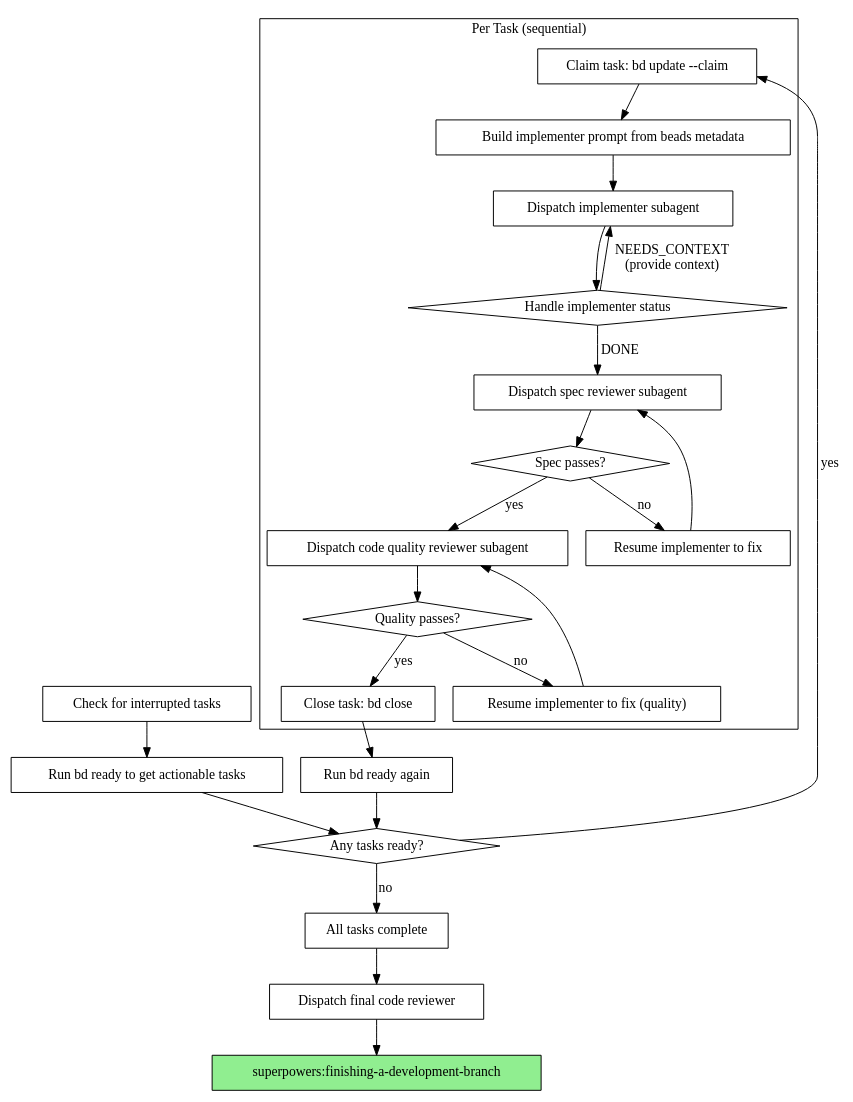
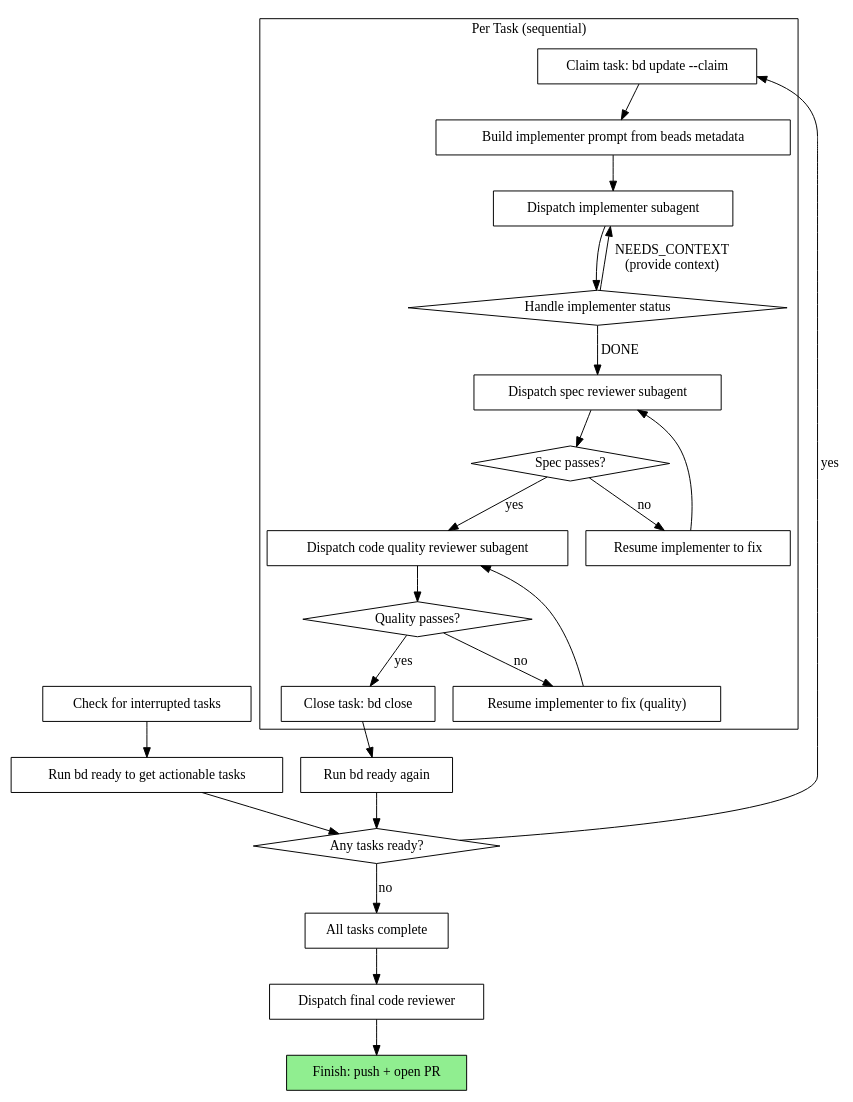
The second of 2 diagrams in claude/skills/beads-execution/SKILL.md (alexander-vyh/escapement), drawn with Graphviz before and after one commit. The commit also changed other lines of this file and 5 other files, not shown here.

````diff
--- a/claude/skills/beads-execution/SKILL.md
+++ b/claude/skills/beads-execution/SKILL.md
@@ -93,51 +92,51 @@
 ```dot
 digraph process {
     rankdir=TB;
 
     "Check for interrupted tasks" [shape=box];
     "Run bd ready to get actionable tasks" [shape=box];
     "Any tasks ready?" [shape=diamond];
 
     subgraph cluster_per_task {
         label="Per Task (sequential)";
         "Claim task: bd update --claim" [shape=box];
         "Build implementer prompt from beads metadata" [shape=box];
         "Dispatch implementer subagent" [shape=box];
         "Handle implementer status" [shape=diamond];
         "Dispatch spec reviewer subagent" [shape=box];
         "Spec passes?" [shape=diamond];
         "Resume implementer to fix" [shape=box];
         "Dispatch code quality reviewer subagent" [shape=box];
         "Quality passes?" [shape=diamond];
         "Resume implementer to fix (quality)" [shape=box];
         "Close task: bd close" [shape=box];
     }
 
     "Run bd ready again" [shape=box];
     "All tasks complete" [shape=box];
     "Dispatch final code reviewer" [shape=box];
-    "superpowers:finishing-a-development-branch" [shape=box, style=filled, fillcolor=lightgreen];
+    "Finish: push + open PR" [shape=box, style=filled, fillcolor=lightgreen];
 
     "Check for interrupted tasks" -> "Run bd ready to get actionable tasks";
     "Run bd ready to get actionable tasks" -> "Any tasks ready?";
     "Any tasks ready?" -> "Claim task: bd update --claim" [label="yes"];
     "Any tasks ready?" -> "All tasks complete" [label="no"];
     "Claim task: bd update --claim" -> "Build implementer prompt from beads metadata";
     "Build implementer prompt from beads metadata" -> "Dispatch implementer subagent";
     "Dispatch implementer subagent" -> "Handle implementer status";
     "Handle implementer status" -> "Dispatch spec reviewer subagent" [label="DONE"];
     "Handle implementer status" -> "Dispatch implementer subagent" [label="NEEDS_CONTEXT\n(provide context)"];
     "Dispatch spec reviewer subagent" -> "Spec passes?";
     "Spec passes?" -> "Dispatch code quality reviewer subagent" [label="yes"];
     "Spec passes?" -> "Resume implementer to fix" [label="no"];
     "Resume implementer to fix" -> "Dispatch spec reviewer subagent";
     "Dispatch code quality reviewer subagent" -> "Quality passes?";
     "Quality passes?" -> "Close task: bd close" [label="yes"];
     "Quality passes?" -> "Resume implementer to fix (quality)" [label="no"];
     "Resume implementer to fix (quality)" -> "Dispatch code quality reviewer subagent";
     "Close task: bd close" -> "Run bd ready again";
     "Run bd ready again" -> "Any tasks ready?";
     "All tasks complete" -> "Dispatch final code reviewer";
-    "Dispatch final code reviewer" -> "superpowers:finishing-a-development-branch";
+    "Dispatch final code reviewer" -> "Finish: push + open PR";
 }
 ```
````
